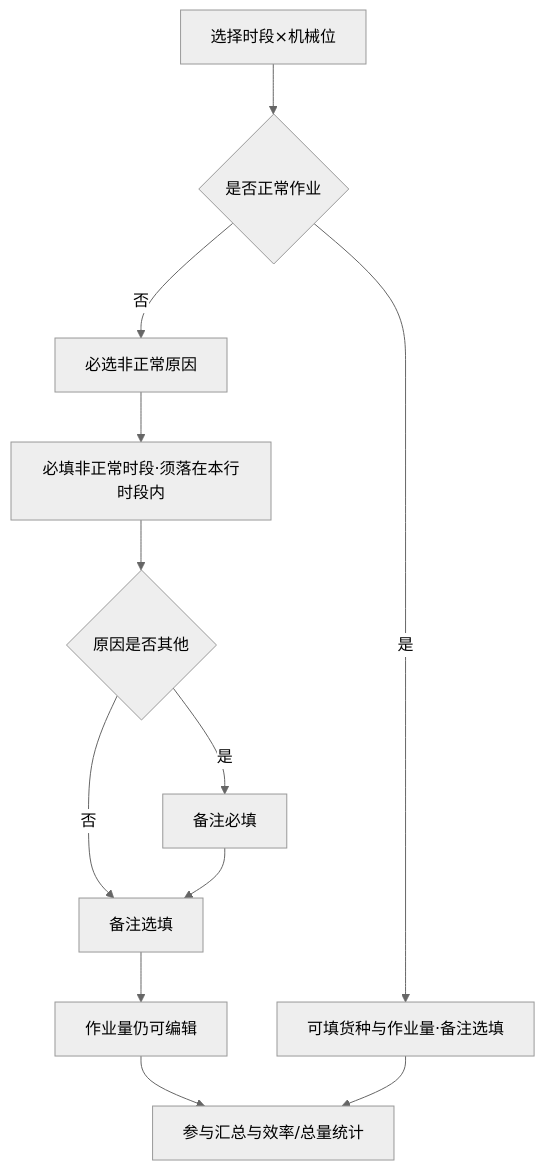
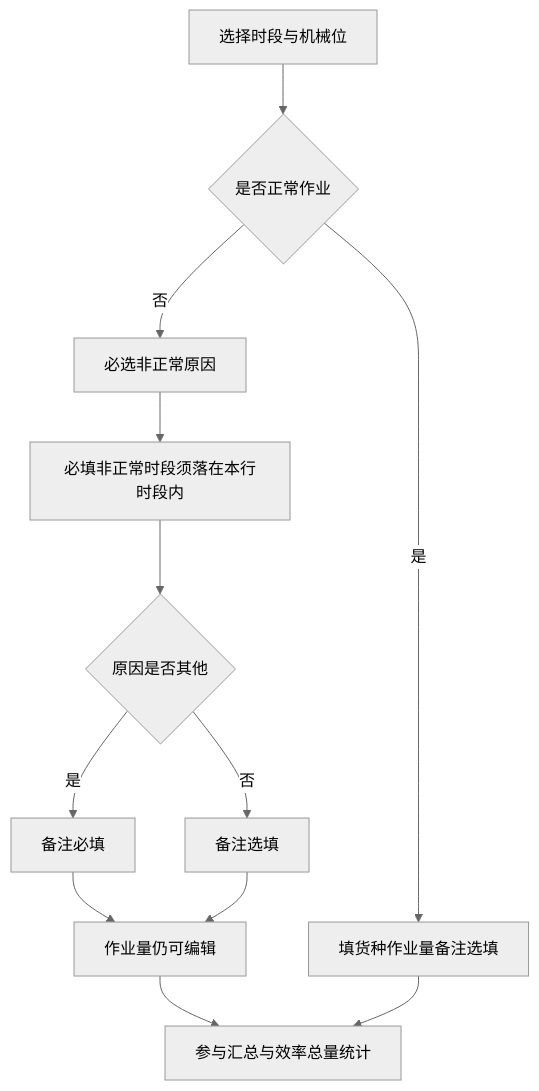
One commit to liaoliao66/TOS changed the second of 6 diagrams in docs/versions/v1.0.0/prd.md. Above: the diagram before and after it, drawn with Mermaid (neutral theme). The commit also changed other lines of this file and 1 other file, not shown here.

Commit message:
修复 PRD 阅读页 Mermaid 流程图渲染失败问题。

````diff
--- a/docs/versions/v1.0.0/prd.md
+++ b/docs/versions/v1.0.0/prd.md
@@ -155,14 +153,14 @@
 ```mermaid
 flowchart TD
-    A[选择时段×机械位] --> B{是否正常作业}
-    B -->|是| C[可填货种与作业量·备注选填]
+    A[选择时段与机械位] --> B{是否正常作业}
+    B -->|是| C[填货种作业量备注选填]
     B -->|否| D[必选非正常原因]
-    D --> D1[必填非正常时段·须落在本行时段内]
+    D --> D1[必填非正常时段须落在本行时段内]
     D1 --> D2{原因是否其他}
     D2 -->|是| D3[备注必填]
     D2 -->|否| E[备注选填]
-    D3 --> E
-    E --> F[作业量仍可编辑]
-    F --> G[参与汇总与效率/总量统计]
+    D3 --> F[作业量仍可编辑]
+    E --> F
+    F --> G[参与汇总与效率总量统计]
     C --> G
 ```
````
